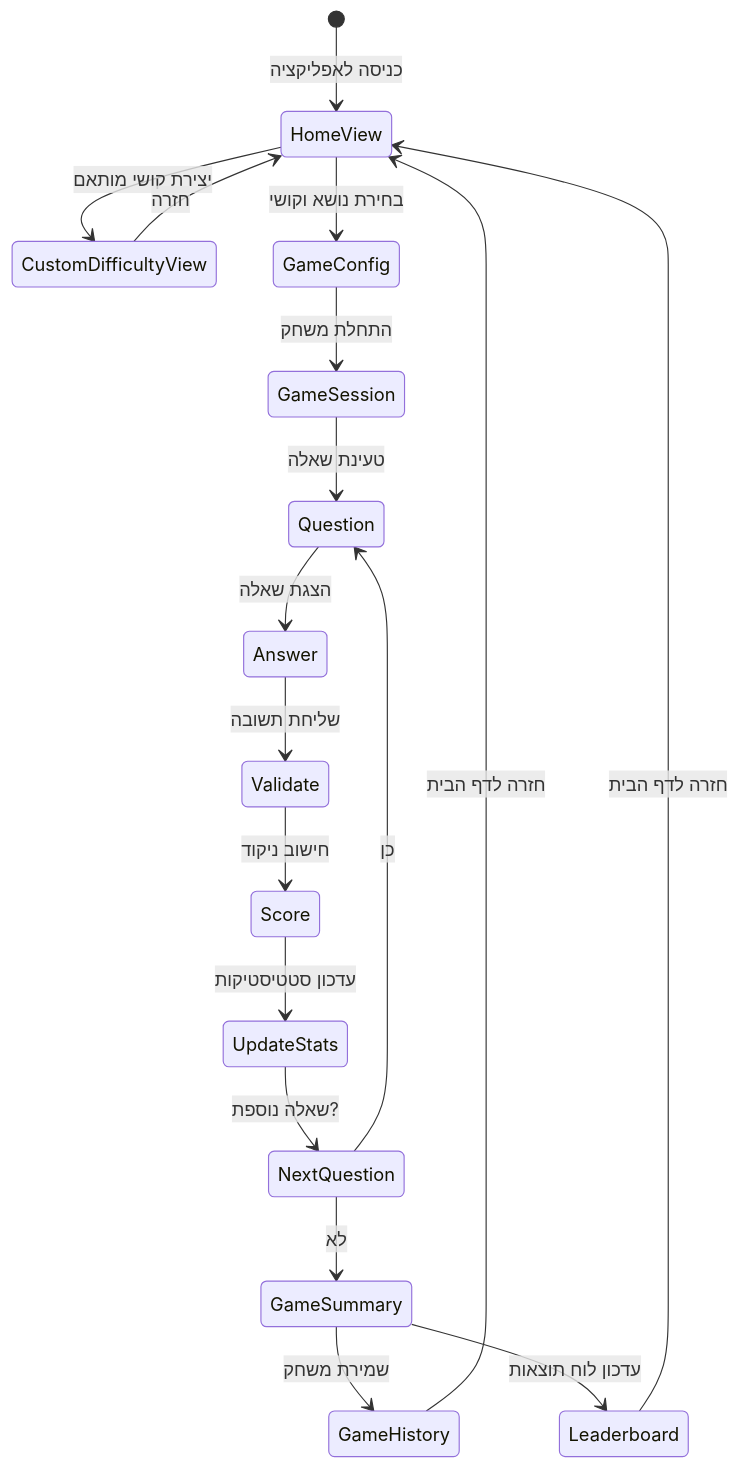
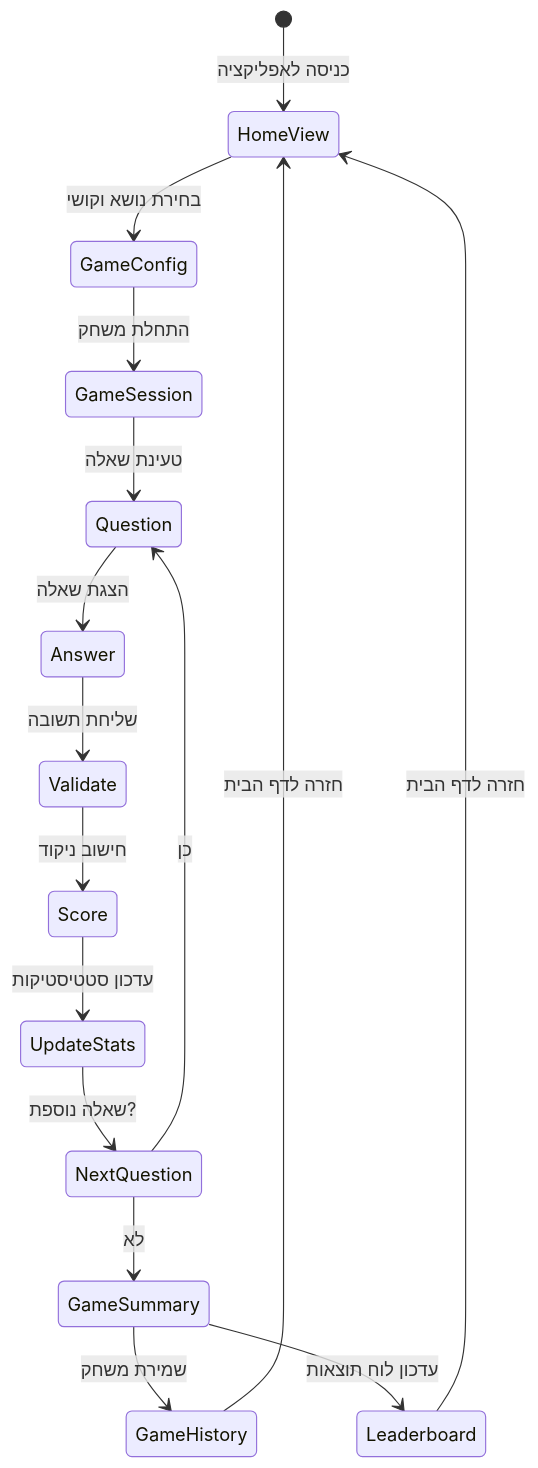
The tenth of 28 diagrams in docs/DIAGRAMS.md (IsraelRub/EveryTriv), drawn with Mermaid before and after one commit. The commit also changed other lines of this file and 789 other files, not shown here.

````diff
--- a/docs/DIAGRAMS.md
+++ b/docs/DIAGRAMS.md
@@ -782,20 +752,18 @@
 ```mermaid
 stateDiagram-v2
     [*] --> HomeView: כניסה לאפליקציה
-    HomeView --> CustomDifficultyView: יצירת קושי מותאם
-    CustomDifficultyView --> HomeView: חזרה
     HomeView --> GameConfig: בחירת נושא וקושי
     GameConfig --> GameSession: התחלת משחק
     GameSession --> Question: טעינת שאלה
     Question --> Answer: הצגת שאלה
     Answer --> Validate: שליחת תשובה
     Validate --> Score: חישוב ניקוד
     Score --> UpdateStats: עדכון סטטיסטיקות
     UpdateStats --> NextQuestion: שאלה נוספת?
     NextQuestion --> Question: כן
     NextQuestion --> GameSummary: לא
     GameSummary --> GameHistory: שמירת משחק
     GameSummary --> Leaderboard: עדכון לוח תוצאות
     Leaderboard --> HomeView: חזרה לדף הבית
     GameHistory --> HomeView: חזרה לדף הבית
 ```
````
